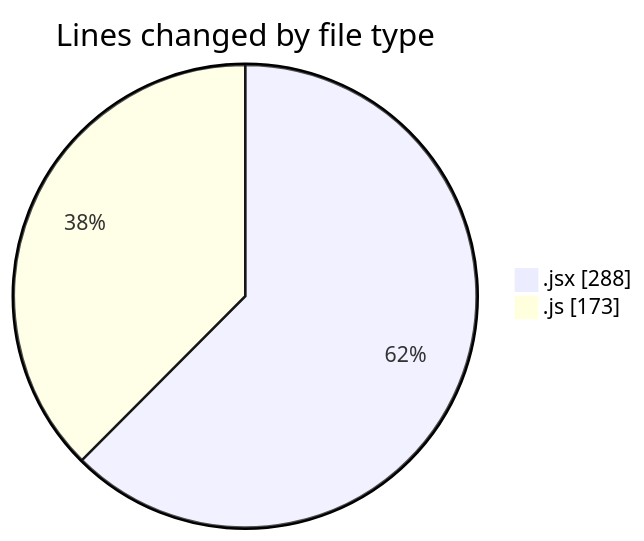
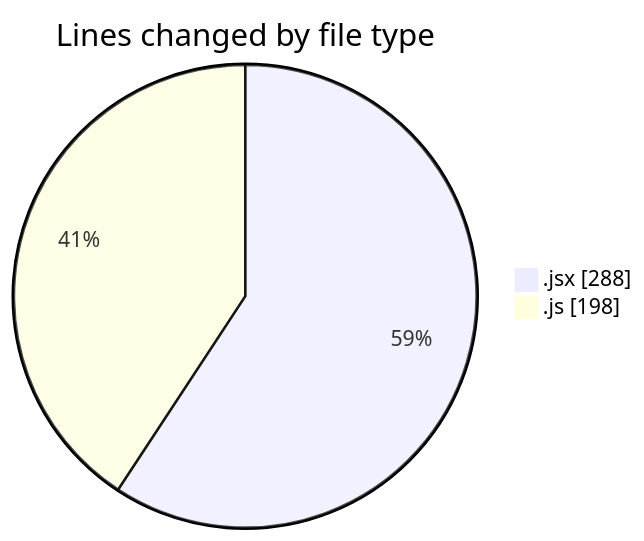
Before and after one commit to nxtqubesakshisongat/code-tracking: the first of 2 diagrams in 2025-06-05/nxtqube_webapp/README.md, drawn with Mermaid. The commit also changed other lines of this file and 1 other file, not shown here.

````diff
--- a/2025-06-05/nxtqube_webapp/README.md
+++ b/2025-06-05/nxtqube_webapp/README.md
@@ -22,6 +22,6 @@
 ```mermaid
 pie showData
 title Lines changed by file type
 ".jsx" : 288
-".js" : 173
+".js" : 198
 ```
````
